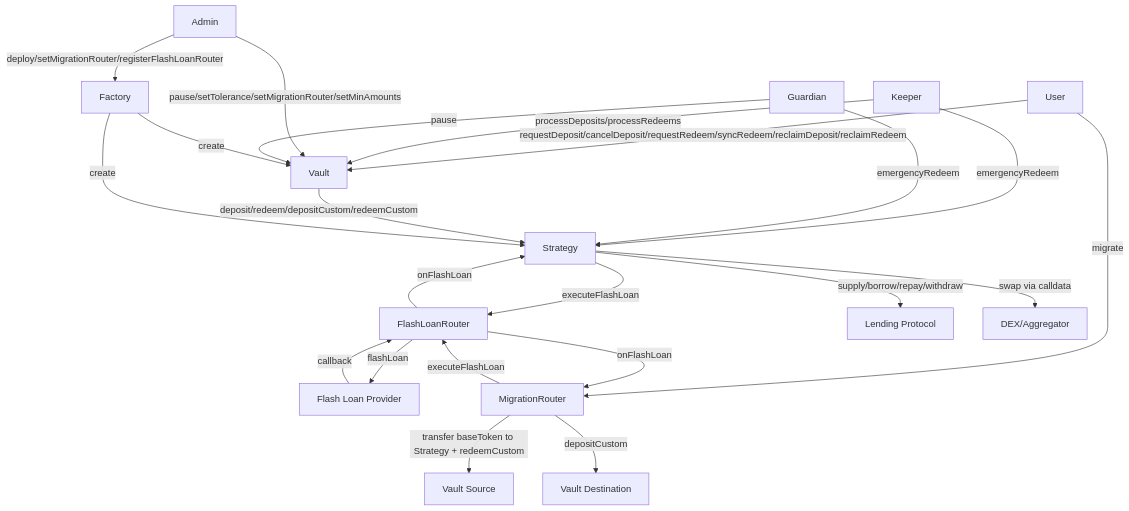
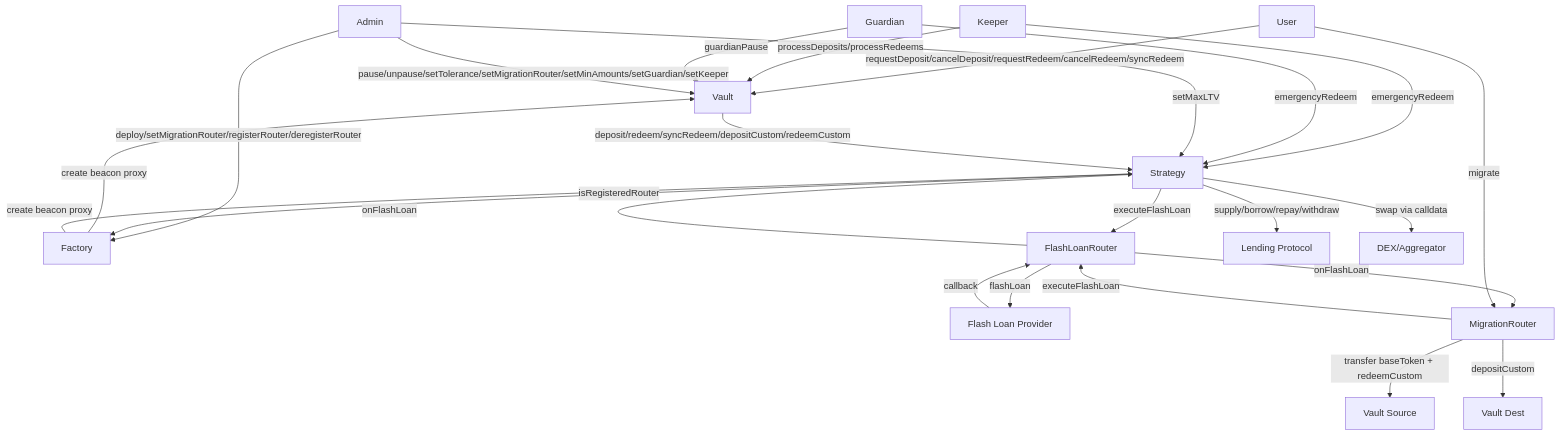
The diagram in docs/architecture/contracts.md (evgenynacu/leverage-vaults), drawn with Mermaid before and after one commit. The commit also changed other lines of this file and 25 other files, not shown here.

````diff
--- a/docs/architecture/contracts.md
+++ b/docs/architecture/contracts.md
@@ -18,24 +20,26 @@
 ```mermaid
 graph TD
-    User -->|requestDeposit/cancelDeposit/requestRedeem/syncRedeem/reclaimDeposit/reclaimRedeem| Vault
+    User -->|requestDeposit/cancelDeposit/requestRedeem/cancelRedeem/syncRedeem| Vault
     Keeper -->|processDeposits/processRedeems| Vault
     Keeper -->|emergencyRedeem| Strategy
     Guardian -->|emergencyRedeem| Strategy
-    Admin -->|pause/setTolerance/setMigrationRouter/setMinAmounts| Vault
-    Admin -->|deploy/setMigrationRouter/registerFlashLoanRouter| Factory
-    Guardian -->|pause| Vault
-    Vault -->|deposit/redeem/depositCustom/redeemCustom| Strategy
+    Guardian -->|guardianPause| Vault
+    Admin -->|pause/unpause/setTolerance/setMigrationRouter/setMinAmounts/setGuardian/setKeeper| Vault
+    Admin -->|deploy/setMigrationRouter/registerRouter/deregisterRouter| Factory
+    Admin -->|setMaxLTV| Strategy
+    Vault -->|deposit/redeem/syncRedeem/depositCustom/redeemCustom| Strategy
     Strategy -->|executeFlashLoan| FlashLoanRouter
     FlashLoanRouter -->|flashLoan| FlashProvider[Flash Loan Provider]
     FlashProvider -->|callback| FlashLoanRouter
     FlashLoanRouter -->|onFlashLoan| Strategy
+    FlashLoanRouter -->|onFlashLoan| MigrationRouter
     Strategy -->|supply/borrow/repay/withdraw| LendingProtocol[Lending Protocol]
     Strategy -->|swap via calldata| DEX[DEX/Aggregator]
+    Strategy -->|isRegisteredRouter| Factory
     User -->|migrate| MigrationRouter
     MigrationRouter -->|executeFlashLoan| FlashLoanRouter
-    FlashLoanRouter -->|onFlashLoan| MigrationRouter
-    MigrationRouter -->|transfer baseToken to Strategy + redeemCustom| VaultA[Vault Source]
-    MigrationRouter -->|depositCustom| VaultB[Vault Destination]
-    Factory -->|create| Vault
-    Factory -->|create| Strategy
+    MigrationRouter -->|transfer baseToken + redeemCustom| VaultA[Vault Source]
+    MigrationRouter -->|depositCustom| VaultB[Vault Dest]
+    Factory -->|create beacon proxy| Vault
+    Factory -->|create beacon proxy| Strategy
 ```
````
